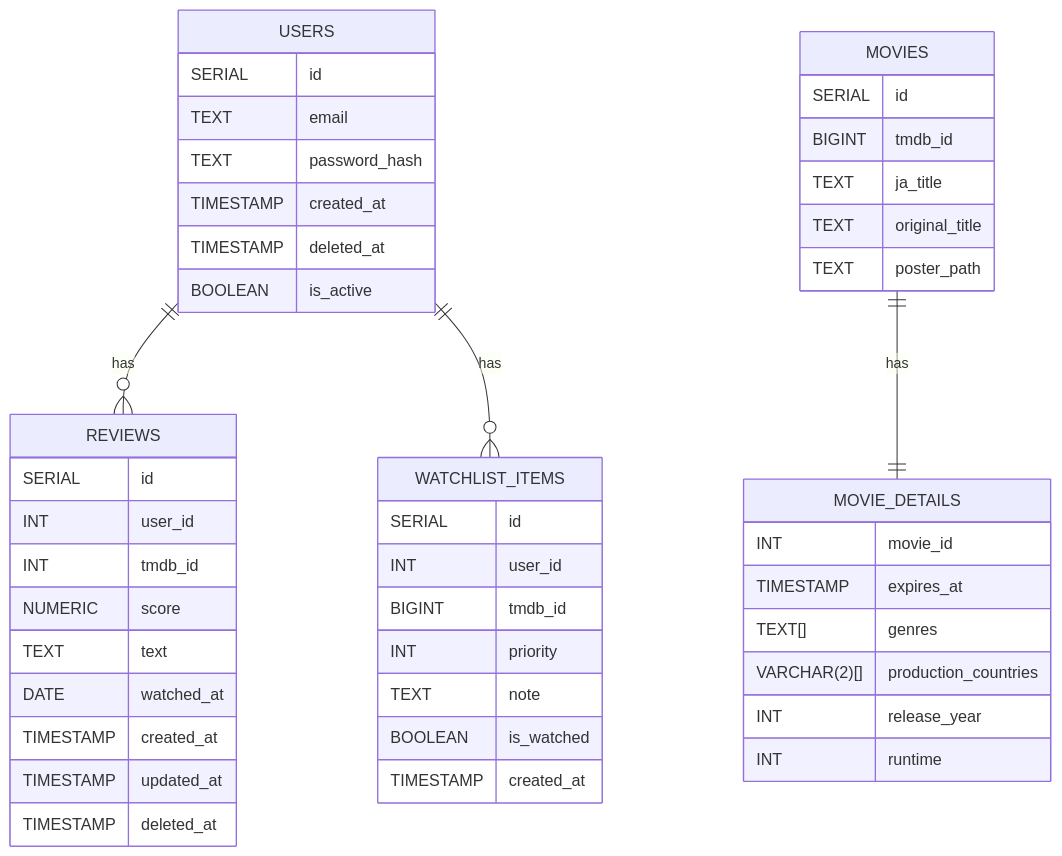
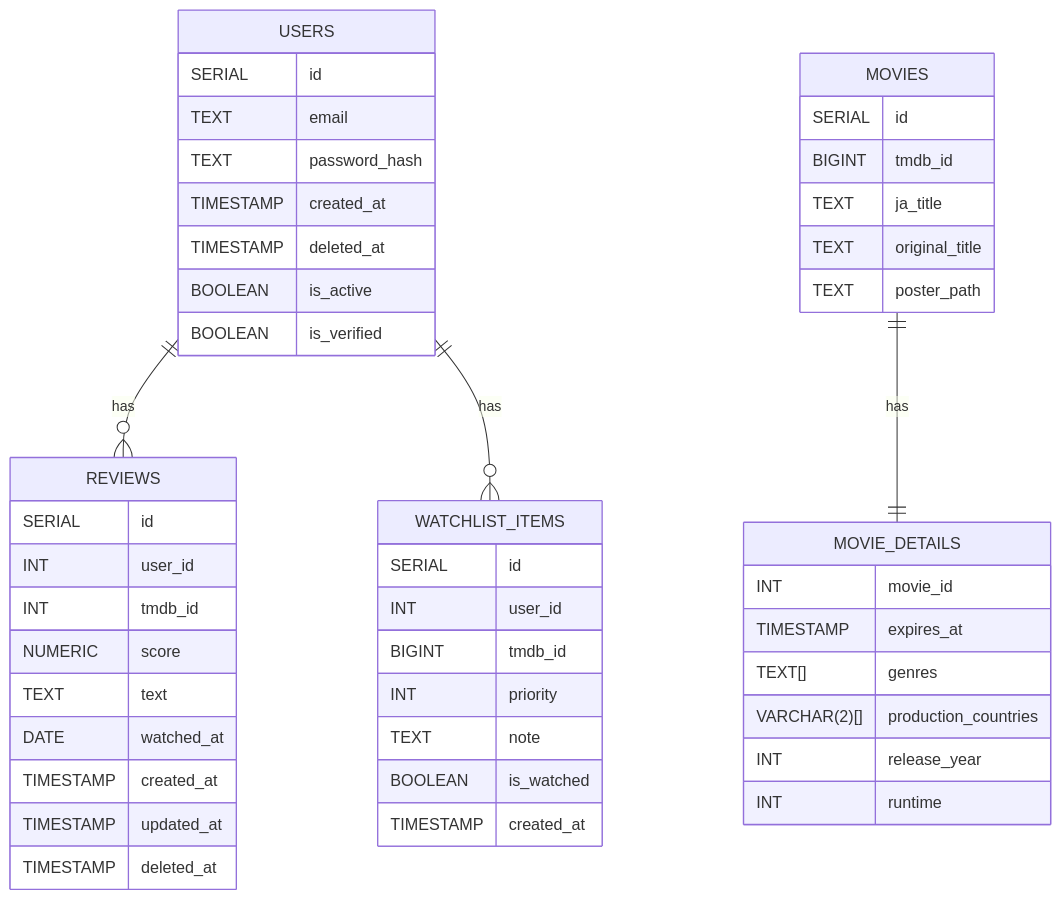
The diagram in docs/db-design.md (kotonekanno/movie-review-log), drawn with Mermaid before and after one commit. The commit also changed other lines of this file and 2 other files, not shown here.

````diff
--- a/docs/db-design.md
+++ b/docs/db-design.md
@@ -13,54 +13,55 @@
 ```mermaid
 erDiagram
     USERS ||--o{ REVIEWS : has
     USERS ||--o{ WATCHLIST_ITEMS : has
     MOVIES ||--|| MOVIE_DETAILS : has
     
     USERS {
         SERIAL id
         TEXT email
         TEXT password_hash
         TIMESTAMP created_at
         TIMESTAMP deleted_at
         BOOLEAN is_active
+        BOOLEAN is_verified
     }
 
     MOVIES {
         SERIAL id
         BIGINT tmdb_id
         TEXT ja_title
         TEXT original_title
         TEXT poster_path
     }
 
     MOVIE_DETAILS {
         INT movie_id
         TIMESTAMP expires_at
         TEXT[] genres
         VARCHAR(2)[] production_countries
         INT release_year
         INT runtime
     }
 
     REVIEWS {
         SERIAL id
         INT user_id
         INT tmdb_id
         NUMERIC score
         TEXT text
         DATE watched_at
         TIMESTAMP created_at
         TIMESTAMP updated_at
         TIMESTAMP deleted_at
     }
 
     WATCHLIST_ITEMS {
         SERIAL id
         INT user_id
         BIGINT tmdb_id
         INT priority
         TEXT note
         BOOLEAN is_watched
         TIMESTAMP created_at
     }
 ```
````
